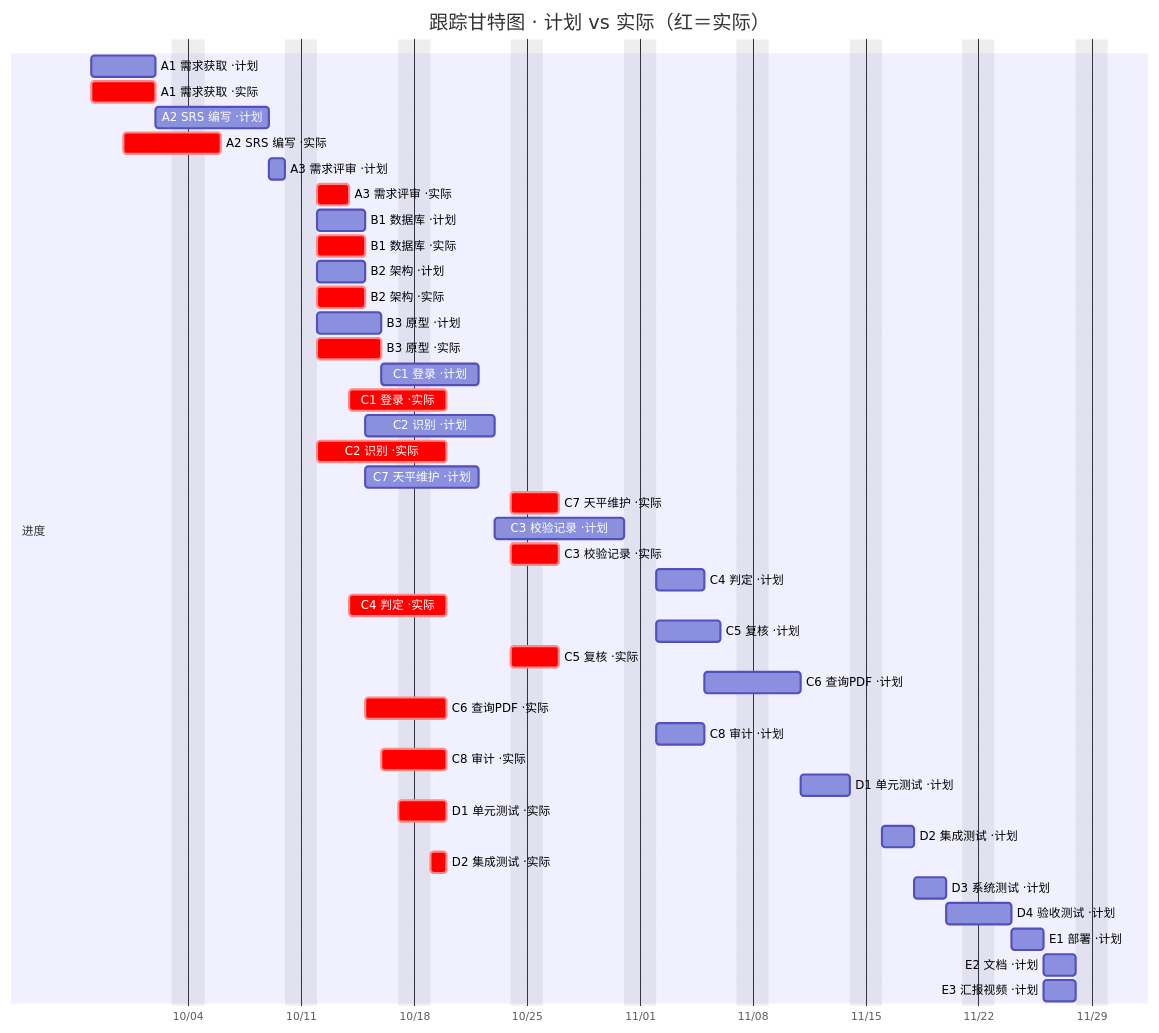
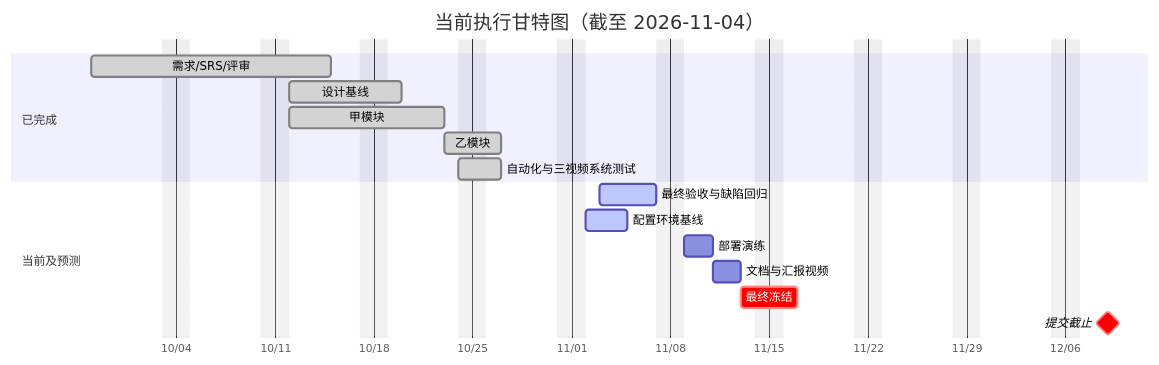
The diagram in 天平校验视频分析项目/管理文档/进度管理/进度跟踪记录.md (Copter1988/pm-knowledge-base), drawn with Mermaid before and after one commit. The commit also changed other lines of this file and 23 other files, not shown here.

First line of the commit message:
项目管理: 更新执行甘特图和交付文档

````diff
--- a/天平校验视频分析项目/管理文档/进度管理/进度跟踪记录.md
+++ b/天平校验视频分析项目/管理文档/进度管理/进度跟踪记录.md
@@ -85,46 +89,21 @@
 ```mermaid
 gantt
-    title 跟踪甘特图 · 计划 vs 实际（红＝实际）
+    title 当前执行甘特图（截至 2026-11-04）
     dateFormat  YYYY-MM-DD
     axisFormat  %m/%d
     excludes    weekends
 
-    section 进度
-    A1 需求获取 ·计划  :a1p, 2026-09-28, 4d
-    A1 需求获取 ·实际  :crit, a1a, 2026-09-28, 4d
-    A2 SRS 编写 ·计划  :a2p, 2026-10-02, 5d
-    A2 SRS 编写 ·实际  :crit, a2a, 2026-09-30, 4d
-    A3 需求评审 ·计划  :a3p, 2026-10-09, 1d
-    A3 需求评审 ·实际  :crit, a3a, 2026-10-12, 2d
-    B1 数据库 ·计划    :b1p, 2026-10-12, 3d
-    B1 数据库 ·实际    :crit, b1a, 2026-10-12, 3d
-    B2 架构 ·计划      :b2p, 2026-10-12, 3d
-    B2 架构 ·实际      :crit, b2a, 2026-10-12, 3d
-    B3 原型 ·计划      :b3p, 2026-10-12, 4d
-    B3 原型 ·实际      :crit, b3a, 2026-10-12, 4d
-    C1 登录 ·计划      :c1p, 2026-10-16, 4d
-    C1 登录 ·实际      :crit, c1a, 2026-10-14, 4d
-    C2 识别 ·计划      :c2p, 2026-10-15, 6d
-    C2 识别 ·实际      :crit, c2a, 2026-10-12, 6d
-    C7 天平维护 ·计划  :c7p, 2026-10-15, 5d
-    C7 天平维护 ·实际  :crit, c7a, 2026-10-24, 2d
-    C3 校验记录 ·计划  :c3p, 2026-10-23, 6d
-    C3 校验记录 ·实际  :crit, c3a, 2026-10-24, 2d
-    C4 判定 ·计划      :c4p, 2026-11-02, 3d
-    C4 判定 ·实际      :crit, c4a, 2026-10-14, 4d
-    C5 复核 ·计划      :c5p, 2026-11-02, 4d
-    C5 复核 ·实际      :crit, c5a, 2026-10-24, 2d
-    C6 查询PDF ·计划   :c6p, 2026-11-05, 4d
-    C6 查询PDF ·实际   :crit, c6a, 2026-10-15, 3d
-    C8 审计 ·计划      :c8p, 2026-11-02, 3d
-    C8 审计 ·实际      :crit, c8a, 2026-10-16, 2d
-    D1 单元测试 ·计划  :d1p, 2026-11-11, 3d
-    D1 单元测试 ·实际  :crit, d1a, 2026-10-17, 2d
-    D2 集成测试 ·计划  :d2p, 2026-11-16, 2d
-    D2 集成测试 ·实际  :crit, d2a, 2026-10-19, 1d
-    D3 系统测试 ·计划  :d3p, 2026-11-18, 2d
-    D4 验收测试 ·计划  :d4p, 2026-11-20, 2d
-    E1 部署 ·计划      :e1p, 2026-11-24, 2d
-    E2 文档 ·计划      :e2p, 2026-11-26, 2d
-    E3 汇报视频 ·计划  :e3p, 2026-11-26, 2d
+    section 已完成
+    需求/SRS/评审          :done, a, 2026-09-28, 13d
+    设计基线               :done, b, 2026-10-12, 6d
+    甲模块                 :done, c1, 2026-10-12, 9d
+    乙模块                 :done, c2, 2026-10-23, 2d
+    自动化与三视频系统测试 :done, d, 2026-10-24, 2d
+    section 当前及预测
+    最终验收与缺陷回归     :active, d4, 2026-11-03, 4d
+    配置环境基线           :active, e0, 2026-11-02, 3d
+    部署演练               :e1, 2026-11-09, 2d
+    文档与汇报视频         :e2, 2026-11-11, 2d
+    最终冻结               :crit, e3, 2026-11-13, 2d
+    提交截止               :milestone, crit, m7, 2026-12-09, 0d
 ```
````
